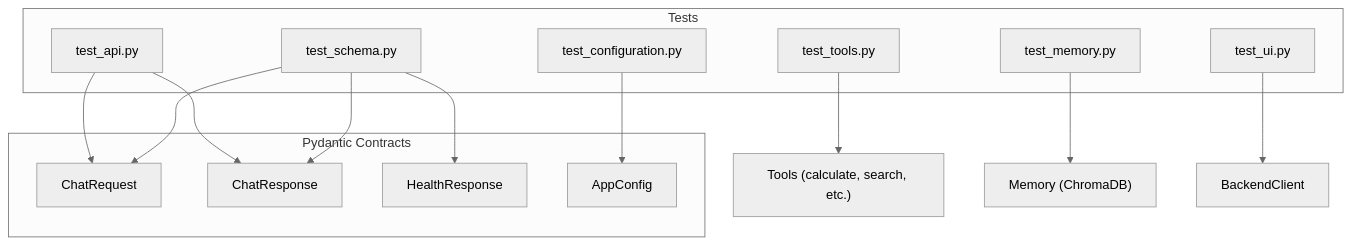
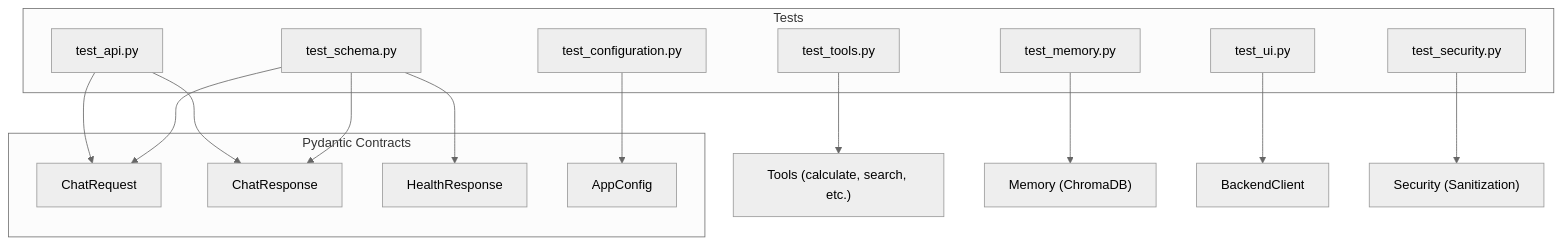
One commit to SebastianGarrido2790/ai-assistant-docker-app changed the diagram in reports/docs/runbooks/test_suite.md. Above: the diagram before and after it, drawn with Mermaid (neutral theme). The commit also changed other lines of this file and 5 other files, not shown here.

````diff
--- a/reports/docs/runbooks/test_suite.md
+++ b/reports/docs/runbooks/test_suite.md
@@ -167,28 +178,30 @@
 ```mermaid
 graph TD
     subgraph "Pydantic Contracts"
         CR["ChatRequest"]
         CP["ChatResponse"]
         HR["HealthResponse"]
         AC["AppConfig"]
     end
 
     subgraph "Tests"
         TS["test_schema.py"]
         TA["test_api.py"]
         TC["test_configuration.py"]
         TT["test_tools.py"]
         TM["test_memory.py"]
         TU["test_ui.py"]
+        TY["test_security.py"]
     end
 
     TS --> CR
     TS --> CP
     TS --> HR
     TA --> CR
     TA --> CP
     TC --> AC
     TT --> TL["Tools (calculate, search, etc.)"]
     TM --> DB["Memory (ChromaDB)"]
     TU --> BC["BackendClient"]
+    TY --> SZ["Security (Sanitization)"]
 ```
````
